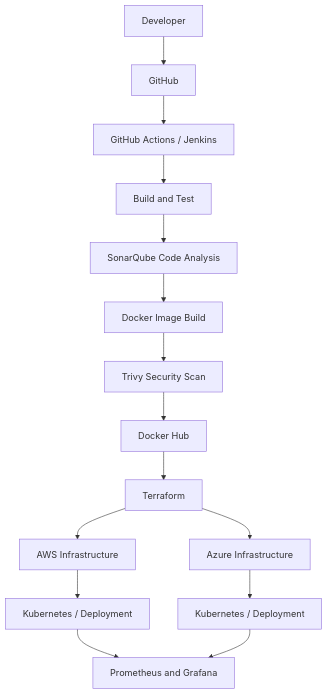
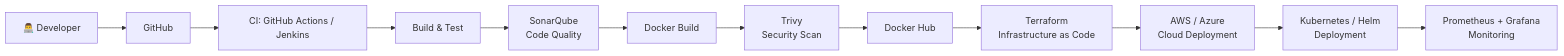
The first of 2 diagrams in README.md (nitin-panwar-6963/nitin-panwar-6963), drawn with Mermaid before and after one commit. The commit also changed other lines of this file, not shown here.

````diff
--- a/README.md
+++ b/README.md
@@ -236,17 +237,14 @@
 ```mermaid
-flowchart TD
-    A[Developer] --> B[GitHub]
-    B --> C[GitHub Actions / Jenkins]
-    C --> D[Build and Test]
-    D --> E[SonarQube Code Analysis]
-    E --> F[Docker Image Build]
-    F --> G[Trivy Security Scan]
+flowchart LR
+    A[👨‍💻 Developer] --> B[GitHub]
+    B --> C[CI: GitHub Actions / Jenkins]
+    C --> D[Build & Test]
+    D --> E[SonarQube<br/>Code Quality]
+    E --> F[Docker Build]
+    F --> G[Trivy<br/>Security Scan]
     G --> H[Docker Hub]
-    H --> I[Terraform]
-    I --> J[AWS Infrastructure]
-    I --> K[Azure Infrastructure]
-    J --> L[Kubernetes / Deployment]
-    K --> M[Kubernetes / Deployment]
-    L --> N[Prometheus and Grafana]
-    M --> N
+    H --> I[Terraform<br/>Infrastructure as Code]
+    I --> J[AWS / Azure<br/>Cloud Deployment]
+    J --> K[Kubernetes / Helm<br/>Deployment]
+    K --> L[Prometheus + Grafana<br/>Monitoring]
 ```
````
